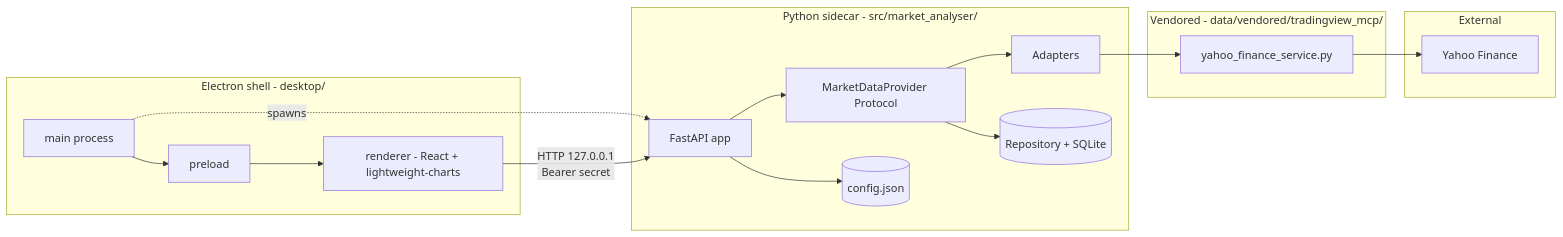
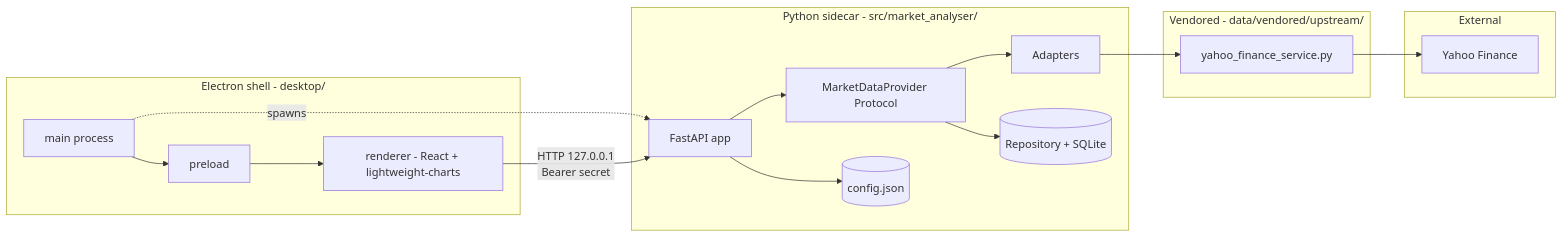
One commit to IgorKonovalov/market-analyzer changed the first of 2 diagrams in docs/architecture/plans/done/0001-bootstrap.md. Above: the diagram before and after it, drawn with Mermaid. The commit also changed other lines of this file and 17 other files, not shown here.

First line of the commit message:
docs(architect): add approved plans 0018-0022 + genericize upstream references

````diff
--- a/docs/architecture/plans/done/0001-bootstrap.md
+++ b/docs/architecture/plans/done/0001-bootstrap.md
@@ -37,33 +37,33 @@
 ```mermaid
 flowchart LR
     subgraph Shell[Electron shell - desktop/]
         Main[main process]
         Preload[preload]
         Renderer["renderer - React + lightweight-charts"]
         Main --> Preload --> Renderer
     end
 
     subgraph Sidecar["Python sidecar - src/market_analyser/"]
         API[FastAPI app]
         Provider["MarketDataProvider Protocol"]
         Adapters[Adapters]
         Repo[(Repository + SQLite)]
         Config[(config.json)]
         API --> Provider
         Provider --> Adapters
         Provider --> Repo
         API --> Config
     end
 
-    subgraph Vendored["Vendored - data/vendored/tradingview_mcp/"]
+    subgraph Vendored["Vendored - data/vendored/upstream/"]
         YF[yahoo_finance_service.py]
     end
 
     subgraph External[External]
         Yahoo[Yahoo Finance]
     end
 
     Main -. spawns .-> API
     Renderer -->|"HTTP 127.0.0.1<br/>Bearer secret"| API
     Adapters --> YF --> Yahoo
 ```
````
